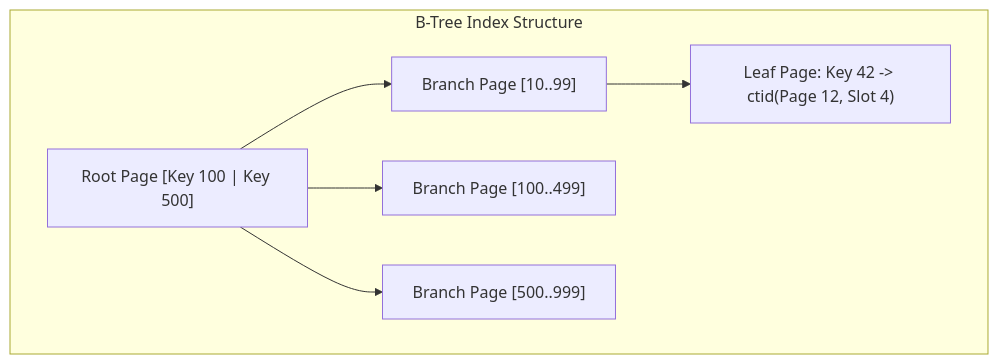
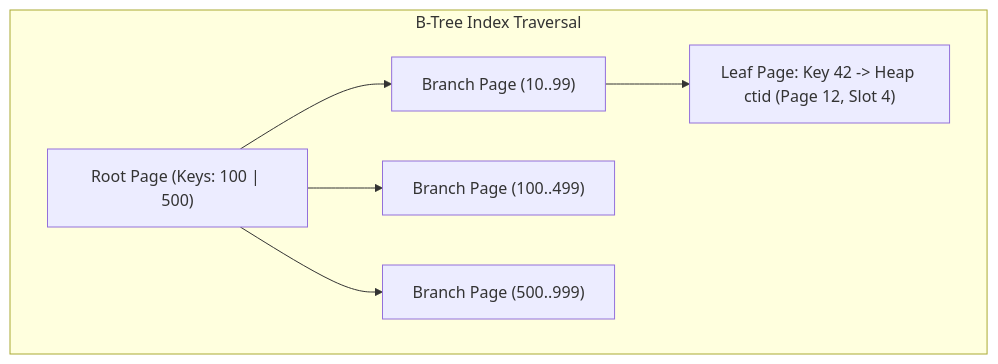
One commit to ravishankar2463/java_hub changed the second of 2 diagrams in content/roadmap/level-7/relational-database-fundamentals-advanced-sql.md. Above: the diagram before and after it, drawn with Mermaid. The commit also changed other lines of this file and 119 other files, not shown here.

Commit message:
feat: add comprehensive java learning roadmap content across multiple levels

````diff
--- a/content/roadmap/level-7/relational-database-fundamentals-advanced-sql.md
+++ b/content/roadmap/level-7/relational-database-fundamentals-advanced-sql.md
@@ -184,17 +161,15 @@
 ```mermaid
 flowchart TD
-    subgraph "B-Tree Index Structure"
-        Root["Root Page [Key 100 | Key 500]"]
-        
-        Branch1["Branch Page [10..99]"]
-        Branch2["Branch Page [100..499]"]
-        Branch3["Branch Page [500..999]"]
-        
-        Root --> Branch1
-        Root --> Branch2
-        Root --> Branch3
-        
-        Leaf1["Leaf Page: Key 42 -> ctid(Page 12, Slot 4)"]
-        Branch1 --> Leaf1
+    subgraph "B-Tree Index Traversal"
+        Root["Root Page (Keys: 100 | 500)"]
+        B1["Branch Page (10..99)"]
+        B2["Branch Page (100..499)"]
+        B3["Branch Page (500..999)"]
+        Leaf["Leaf Page: Key 42 -> Heap ctid (Page 12, Slot 4)"]
+
+        Root --> B1
+        Root --> B2
+        Root --> B3
+        B1 --> Leaf
     end
 ```
````
